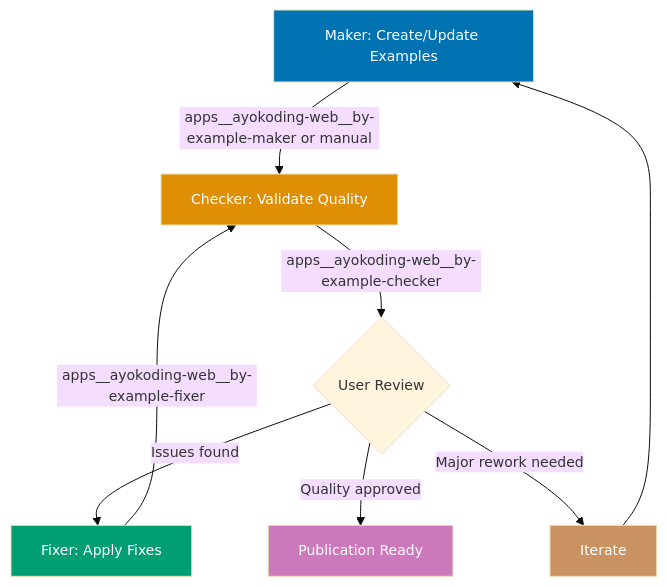
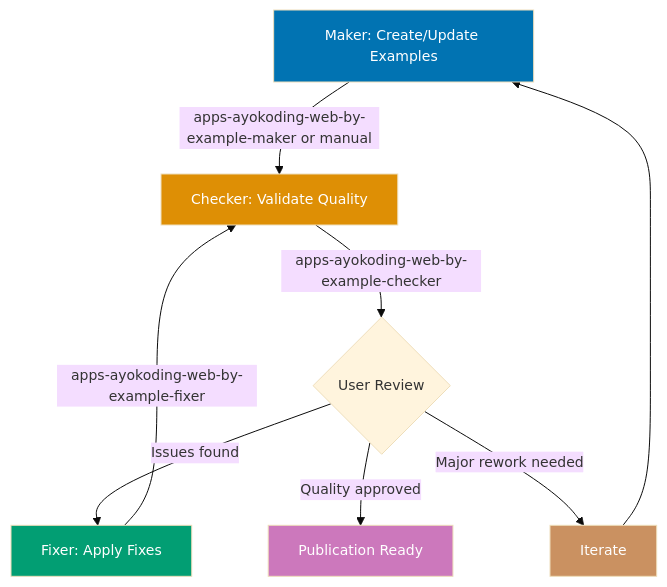
The first of 3 diagrams in docs/explanation/workflows/ayokoding-web/ex-wf-aywe__by-example-quality-gate.md (wahidyankf/open-sharia-enterprise), drawn with Mermaid before and after one commit. The commit also changed other lines of this file and 136 other files, not shown here.

````diff
--- a/docs/explanation/workflows/ayokoding-web/ex-wf-aywe__by-example-quality-gate.md
+++ b/docs/explanation/workflows/ayokoding-web/ex-wf-aywe__by-example-quality-gate.md
@@ -79,24 +79,24 @@
 ```mermaid
 %%{init: {'theme':'base', 'themeVariables': { 'fontSize':'14px'}}}%%
 graph TB
     A[Maker: Create/Update Examples]
     B[Checker: Validate Quality]
     C{User Review}
     D[Fixer: Apply Fixes]
     E[Publication Ready]
     F[Iterate]
 
-    A -->|apps__ayokoding-web__by-example-maker or manual| B
-    B -->|apps__ayokoding-web__by-example-checker| C
+    A -->|apps-ayokoding-web-by-example-maker or manual| B
+    B -->|apps-ayokoding-web-by-example-checker| C
     C -->|Issues found| D
-    D -->|apps__ayokoding-web__by-example-fixer| B
+    D -->|apps-ayokoding-web-by-example-fixer| B
     C -->|Quality approved| E
     C -->|Major rework needed| F
     F --> A
 
     style A fill:#0173B2,color:#fff
     style B fill:#DE8F05,color:#fff
     style D fill:#029E73,color:#fff
     style E fill:#CC78BC,color:#fff
     style F fill:#CA9161,color:#fff
 ```
````
